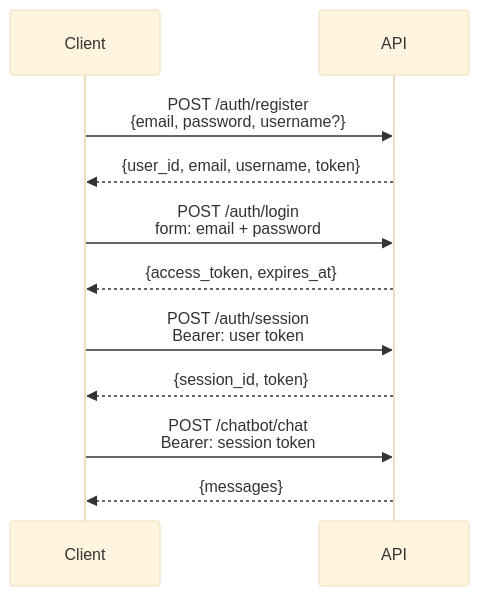
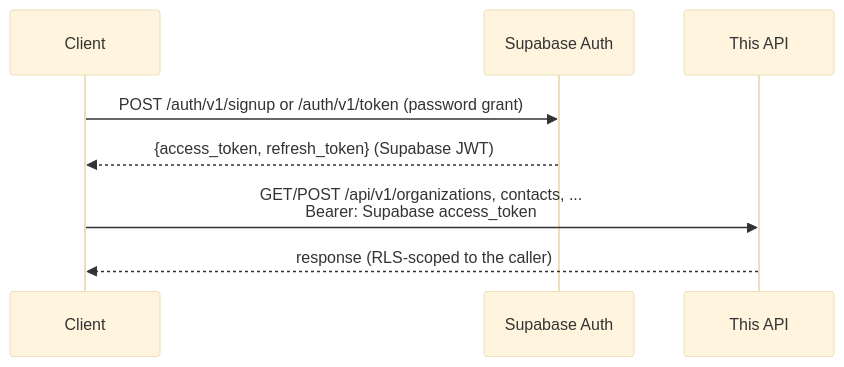
The diagram in docs/authentication.md (sebytremblay/mirenta-backend), drawn with Mermaid (base theme) before and after one commit. The commit also changed other lines of this file and 124 other files, not shown here.

First line of the commit message:
Migrate to Supabase for auth and data, add core CRM API modules

````diff
--- a/docs/authentication.md
+++ b/docs/authentication.md
@@ -5,17 +7,12 @@
 ```mermaid
 sequenceDiagram
     participant C as Client
-    participant A as API
+    participant S as Supabase Auth
+    participant A as This API
 
-    C->>A: POST /auth/register<br/>{email, password, username?}
-    A-->>C: {user_id, email, username, token}
+    C->>S: POST /auth/v1/signup or /auth/v1/token (password grant)
+    S-->>C: {access_token, refresh_token} (Supabase JWT)
 
-    C->>A: POST /auth/login<br/>form: email + password
-    A-->>C: {access_token, expires_at}
-
-    C->>A: POST /auth/session<br/>Bearer: user token
-    A-->>C: {session_id, token}
-
-    C->>A: POST /chatbot/chat<br/>Bearer: session token
-    A-->>C: {messages}
+    C->>A: GET/POST /api/v1/organizations, contacts, ...<br/>Bearer: Supabase access_token
+    A-->>C: response (RLS-scoped to the caller)
 ```
````
